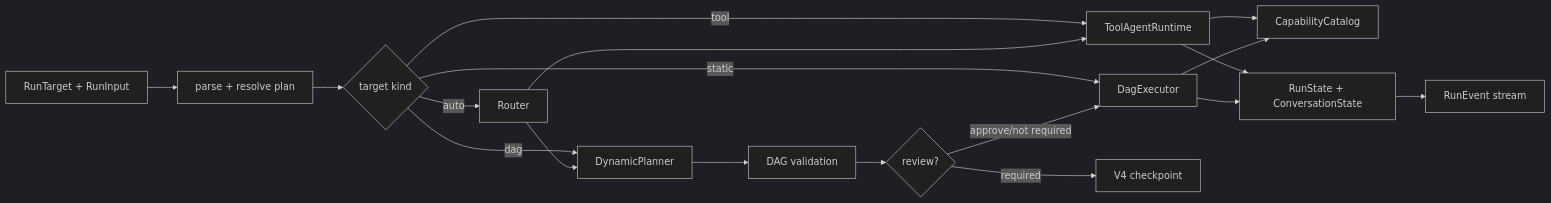
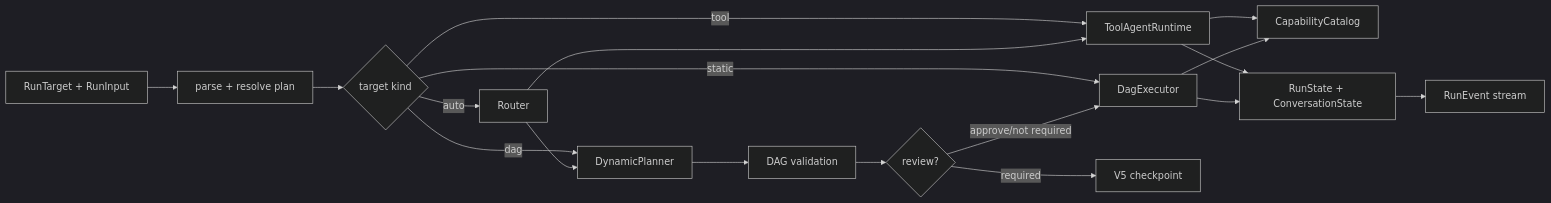
Before and after one commit to RobotSe7en/dagent-ts: the diagram in docs/en/architecture.md, drawn with Mermaid (dark theme). The commit also changed other lines of this file and 141 other files, not shown here.

````diff
--- a/docs/en/architecture.md
+++ b/docs/en/architecture.md
@@ -45,20 +45,20 @@
 ```mermaid
 flowchart LR
   Input["RunTarget + RunInput"] --> Resolve["parse + resolve plan"]
   Resolve --> Mode{"target kind"}
   Mode -->|tool| Tool["ToolAgentRuntime"]
   Mode -->|dag| Plan["DynamicPlanner"]
   Mode -->|auto| Route["Router"]
   Mode -->|static| Exec["DagExecutor"]
   Route --> Tool
   Route --> Plan
   Plan --> Validate["DAG validation"]
   Validate --> Review{"review?"}
   Review -->|approve/not required| Exec
-  Review -->|required| Checkpoint["V4 checkpoint"]
+  Review -->|required| Checkpoint["V5 checkpoint"]
   Tool --> Catalog["CapabilityCatalog"]
   Exec --> Catalog
   Tool --> State["RunState + ConversationState"]
   Exec --> State
   State --> Events["RunEvent stream"]
 ```
````
